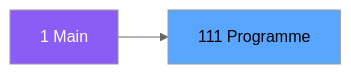
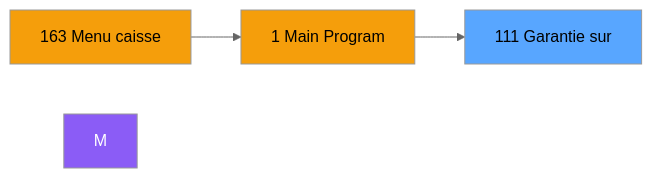
One commit to thonyAGP/magic-migration changed the second of 3 diagrams in .openspec/specs/ADH-IDE-111.md. Above: the diagram before and after it, drawn with Mermaid (neutral theme). The commit also changed other lines of this file and 323 other files, not shown here.

````diff
--- a/.openspec/specs/ADH-IDE-111.md
+++ b/.openspec/specs/ADH-IDE-111.md
@@ -125,8 +145,12 @@
 ```mermaid
 graph LR
-    M[1 Main]
-    T[111 Programme]
-    M --> T
+    N163[163 Menu caisse ]
+    N1[1 Main Program]
+    T[111 Garantie sur]
+    N163 --> N1
+    N1 --> T
     style M fill:#8b5cf6,color:#fff
+    style N163 fill:#f59e0b
+    style N1 fill:#f59e0b
     style T fill:#58a6ff,color:#000
 ```
````
